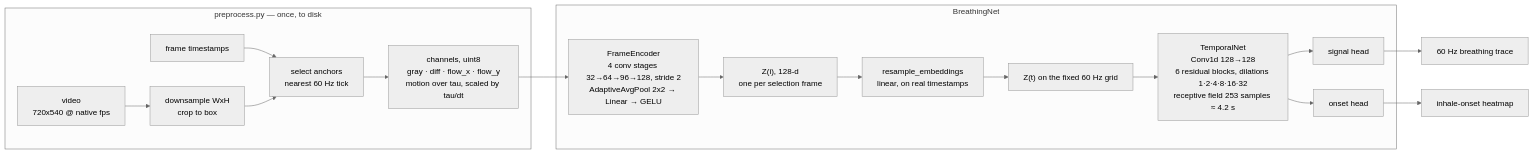
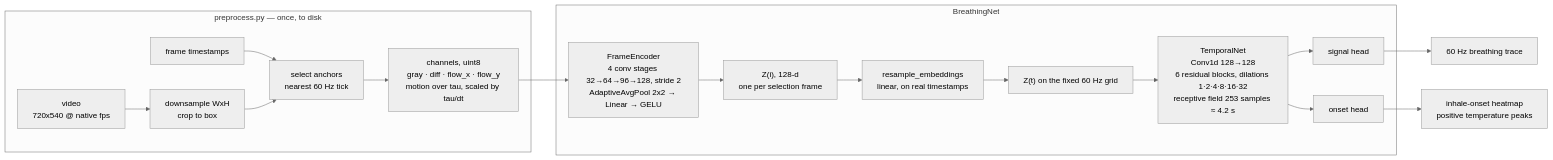
One commit to AllenNeuralDynamics/breathing-codabench-challenge changed the diagram in baseline-cnn-tcn/README.md. Above: the diagram before and after it, drawn with Mermaid (neutral theme). The commit also changed 10 other files, not shown here.

````diff
--- a/baseline-cnn-tcn/README.md
+++ b/baseline-cnn-tcn/README.md
@@ -13,22 +13,22 @@
 ```mermaid
 flowchart LR
     subgraph pre["preprocess.py — once, to disk"]
         V["video<br/>720x540 @ native fps"] --> S["downsample WxH<br/>crop to box"]
         T["frame timestamps"] --> A["select anchors<br/>nearest 60 Hz tick"]
         S --> A
         A --> C["channels, uint8<br/>gray · diff · flow_x · flow_y<br/>motion over tau, scaled by tau/dt"]
     end
 
     subgraph net["BreathingNet"]
         C --> E["FrameEncoder<br/>4 conv stages 32→64→96→128, stride 2<br/>AdaptiveAvgPool 2x2 → Linear → GELU"]
         E --> Z["Z(i), 128-d<br/>one per selection frame"]
         Z --> R["resample_embeddings<br/>linear, on real timestamps"]
         R --> Z60["Z(t) on the fixed 60 Hz grid"]
         Z60 --> P["TemporalNet<br/>Conv1d 128→128<br/>6 residual blocks, dilations 1·2·4·8·16·32<br/>receptive field 253 samples ≈ 4.2 s"]
         P --> W["signal head"]
         P --> O["onset head"]
     end
 
     W --> OUT["60 Hz breathing trace"]
-    O --> OUT2["inhale-onset heatmap"]
+    O --> OUT2["inhale-onset heatmap<br/>positive temperature peaks"]
 ```
````
